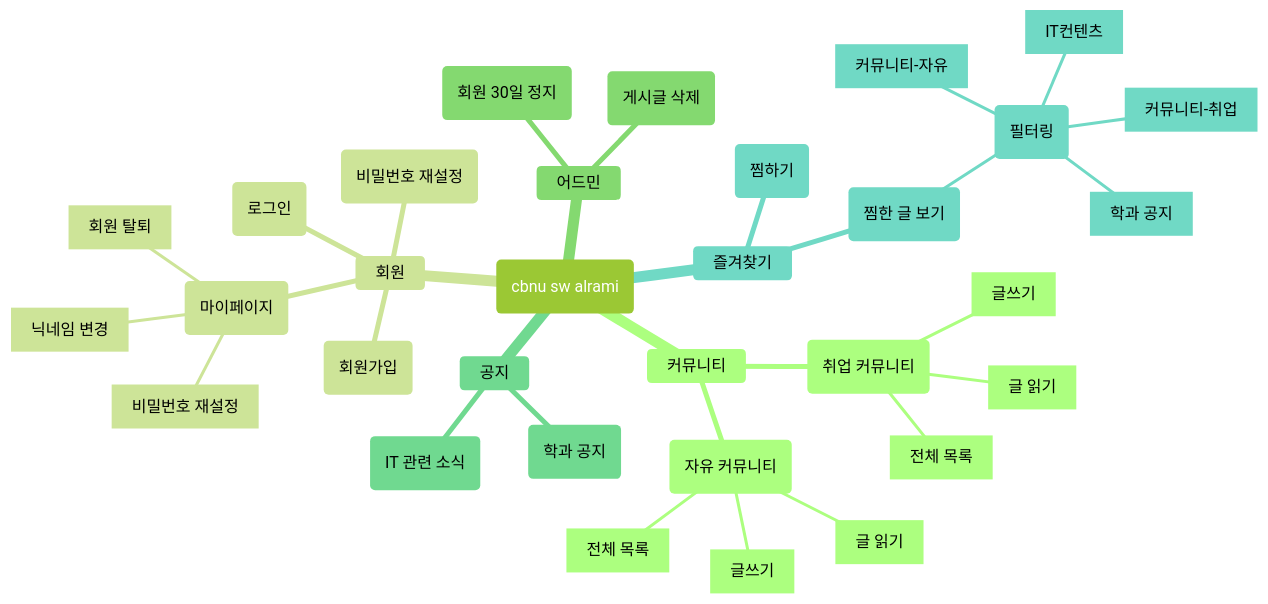
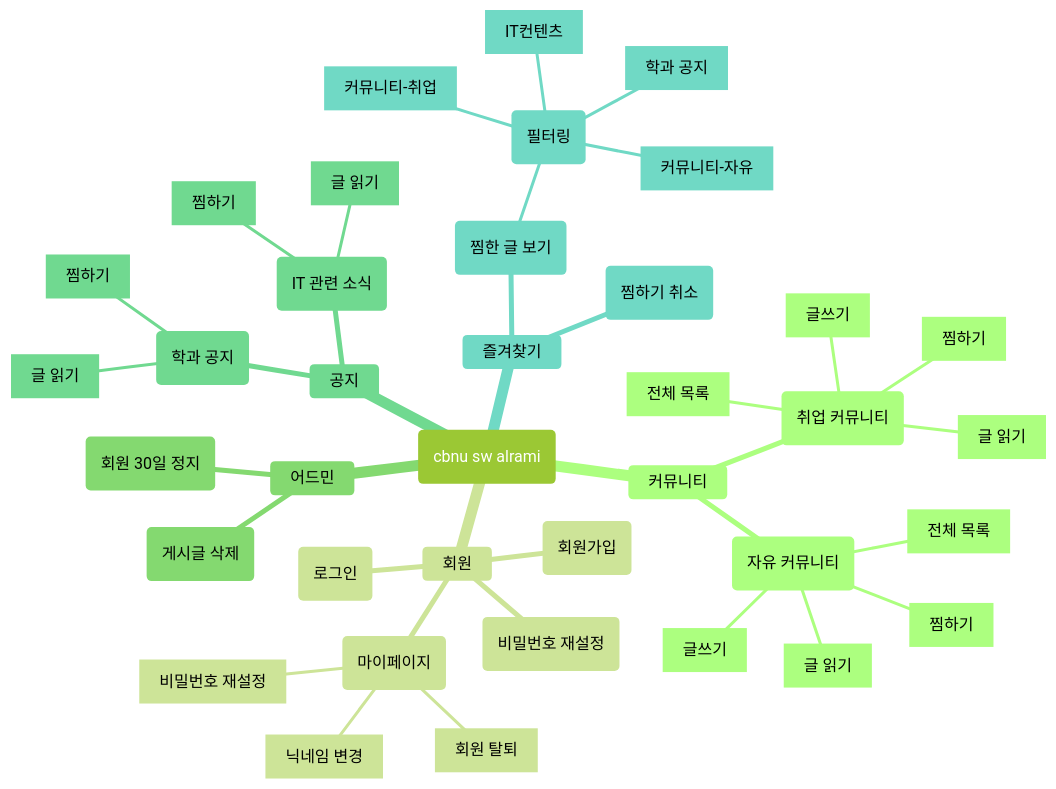
Before and after one commit to android-project-04/cbnu-sw-alrami: the diagram in README.md, drawn with Mermaid (forest theme).

````diff
--- a/README.md
+++ b/README.md
@@ -7,35 +7,41 @@
 ``` mermaid
 mindmap
   root(cbnu sw alrami)
     커뮤니티
       (취업 커뮤니티)
         [글쓰기]
         [전체 목록]
         [글 읽기]
+        [찜하기]
       (자유 커뮤니티)
         [글쓰기]
         [전체 목록]
         [글 읽기]
+        [찜하기]
     회원
       (회원가입)
       (로그인)
       (비밀번호 재설정)
       (마이페이지)
         [회원 탈퇴]
         [비밀번호 재설정]
         [닉네임 변경]
     어드민
       (게시글 삭제)
       (회원 30일 정지)
     공지
       (학과 공지)
+        [찜하기]
+        [글 읽기]
       (IT 관련 소식)
+        [찜하기]
+        [글 읽기]
     즐겨찾기
-      (찜하기)
       (찜한 글 보기)
         (필터링)
           [커뮤니티-자유]
           [커뮤니티-취업]
           [IT컨텐츠]
           [학과 공지]
+      (찜하기 취소)
 ```
````
